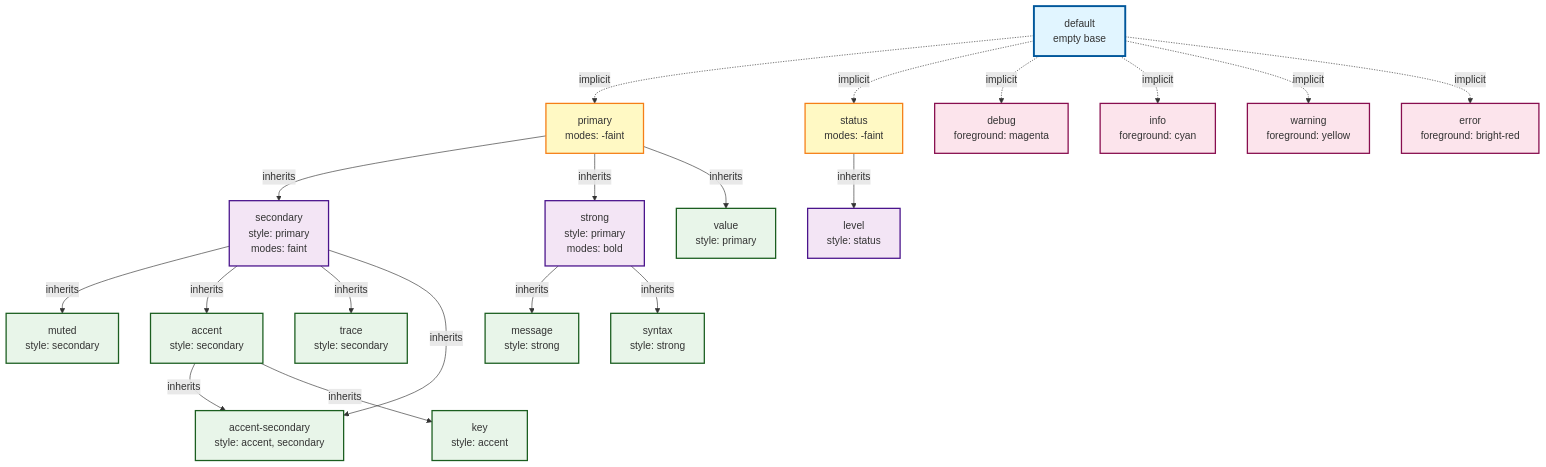
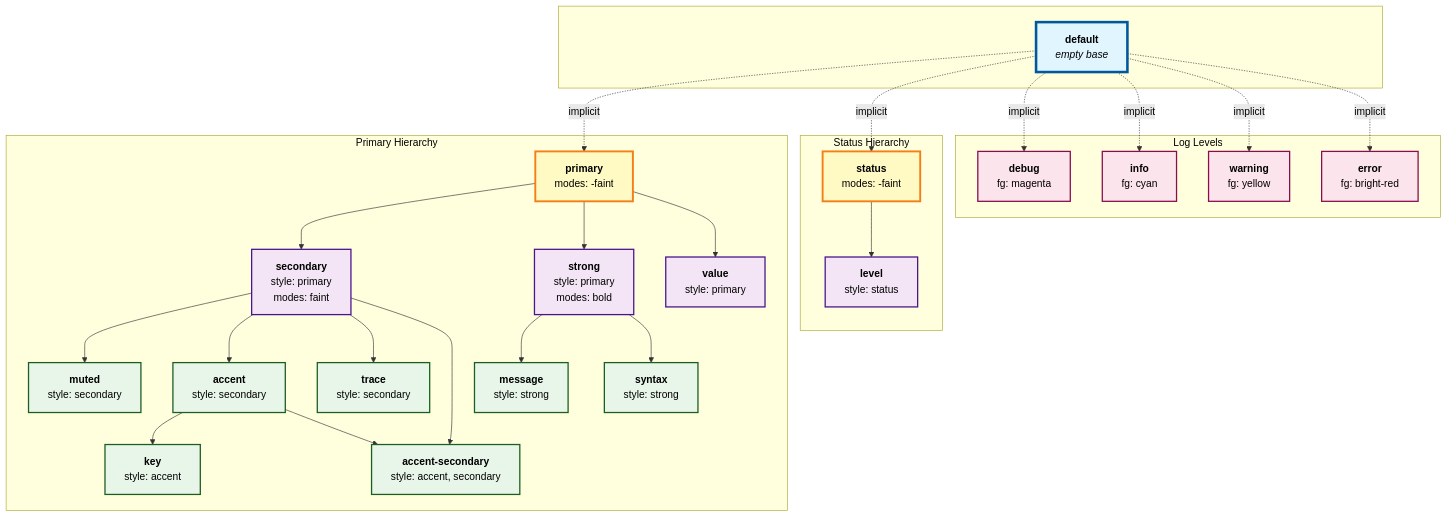
One commit to pamburus/hl changed the diagram in doc/theme-style-roles.mmd. Above: the diagram before and after it, drawn with Mermaid. The commit also changed 1 other file, not shown here.

```diff
--- a/doc/theme-style-roles.mmd
+++ b/doc/theme-style-roles.mmd
@@ -1,73 +1,109 @@
-graph TD
-    %% Root role
-    default[default<br/>empty base]
+graph TB
+    %% Root - centered at top
+    default["<b>default</b><br/><i>empty base</i>"]
 
-    %% Primary hierarchy
-    primary[primary<br/>modes: -faint]
-    secondary[secondary<br/>style: primary<br/>modes: faint]
-    strong[strong<br/>style: primary<br/>modes: bold]
+    %% Tier 1 - Primary hierarchy and independent status
+    primary["<b>primary</b><br/>modes: -faint"]
+    status["<b>status</b><br/>modes: -faint"]
 
-    %% Secondary derivatives
-    muted[muted<br/>style: secondary]
-    accent[accent<br/>style: secondary]
-    trace[trace<br/>style: secondary]
+    %% Tier 2 - Primary derivatives
+    secondary["<b>secondary</b><br/>style: primary<br/>modes: faint"]
+    strong["<b>strong</b><br/>style: primary<br/>modes: bold"]
+    value["<b>value</b><br/>style: primary"]
 
-    %% Accent derivatives
-    accent-secondary[accent-secondary<br/>style: accent, secondary]
-    key[key<br/>style: accent]
+    %% Tier 3 - Secondary derivatives (left branch)
+    muted["<b>muted</b><br/>style: secondary"]
+    accent["<b>accent</b><br/>style: secondary"]
+    trace["<b>trace</b><br/>style: secondary"]
 
-    %% Strong derivatives
-    message[message<br/>style: strong]
-    syntax[syntax<br/>style: strong]
+    %% Tier 3 - Accent derivatives (middle branch)
+    key["<b>key</b><br/>style: accent"]
+    accsec["<b>accent-secondary</b><br/>style: accent, secondary"]
 
-    %% Primary derivatives
-    value[value<br/>style: primary]
+    %% Tier 3 - Strong derivatives (right branch)
+    message["<b>message</b><br/>style: strong"]
+    syntax["<b>syntax</b><br/>style: strong"]
 
-    %% Independent roles
-    status[status<br/>modes: -faint]
-    level[level<br/>style: status]
+    %% Status derivative
+    level["<b>level</b><br/>style: status"]
 
-    %% Log level roles (no inheritance)
-    debug[debug<br/>foreground: magenta]
-    info[info<br/>foreground: cyan]
-    warning[warning<br/>foreground: yellow]
-    error[error<br/>foreground: bright-red]
+    %% Log level roles - independent (bottom row)
+    debug["<b>debug</b><br/>fg: magenta"]
+    info["<b>info</b><br/>fg: cyan"]
+    warning["<b>warning</b><br/>fg: yellow"]
+    error["<b>error</b><br/>fg: bright-red"]
 
-    %% Inheritance relationships
+    %% Implicit inheritance from default (dotted lines)
     default -.->|implicit| primary
     default -.->|implicit| status
     default -.->|implicit| debug
     default -.->|implicit| info
     default -.->|implicit| warning
     default -.->|implicit| error
 
-    primary -->|inherits| secondary
-    primary -->|inherits| strong
-    primary -->|inherits| value
+    %% Primary hierarchy (solid lines)
+    primary --> secondary
+    primary --> strong
+    primary --> value
 
-    secondary -->|inherits| muted
-    secondary -->|inherits| accent
-    secondary -->|inherits| trace
-    secondary -->|inherits| accent-secondary
+    %% Secondary derivatives
+    secondary --> muted
+    secondary --> accent
+    secondary --> trace
+    secondary --> accsec
 
-    accent -->|inherits| accent-secondary
-    accent -->|inherits| key
+    %% Accent derivatives
+    accent --> key
+    accent --> accsec
 
-    strong -->|inherits| message
-    strong -->|inherits| syntax
+    %% Strong derivatives
+    strong --> message
+    strong --> syntax
 
-    status -->|inherits| level
+    %% Status derivative
+    status --> level
 
-    %% Style classes
-    classDef root fill:#e1f5ff,stroke:#01579b,stroke-width:3px
-    classDef tier1 fill:#fff9c4,stroke:#f57f17,stroke-width:2px
-    classDef tier2 fill:#f3e5f5,stroke:#4a148c,stroke-width:2px
-    classDef tier3 fill:#e8f5e9,stroke:#1b5e20,stroke-width:2px
-    classDef independent fill:#fff3e0,stroke:#e65100,stroke-width:2px
-    classDef loglevel fill:#fce4ec,stroke:#880e4f,stroke-width:2px
+    %% Subgraph for better organization
+    subgraph " "
+        default
+    end
+
+    subgraph "Primary Hierarchy"
+        primary
+        secondary
+        strong
+        value
+        muted
+        accent
+        trace
+        key
+        accsec
+        message
+        syntax
+    end
+
+    subgraph "Status Hierarchy"
+        status
+        level
+    end
+
+    subgraph "Log Levels"
+        debug
+        info
+        warning
+        error
+    end
+
+    %% Style definitions
+    classDef root fill:#e1f5ff,stroke:#01579b,stroke-width:4px,color:#000
+    classDef tier1 fill:#fff9c4,stroke:#f57f17,stroke-width:3px,color:#000
+    classDef tier2 fill:#f3e5f5,stroke:#4a148c,stroke-width:2px,color:#000
+    classDef tier3 fill:#e8f5e9,stroke:#1b5e20,stroke-width:2px,color:#000
+    classDef independent fill:#fff3e0,stroke:#e65100,stroke-width:2px,color:#000
+    classDef loglevel fill:#fce4ec,stroke:#880e4f,stroke-width:2px,color:#000
 
     class default root
     class primary,status tier1
-    class secondary,strong,level tier2
-    class muted,accent,trace,accent-secondary,key,message,syntax,value tier3
+    class secondary,strong,value,level tier2
+    class muted,accent,trace,key,accsec,message,syntax tier3
     class debug,info,warning,error loglevel
```
